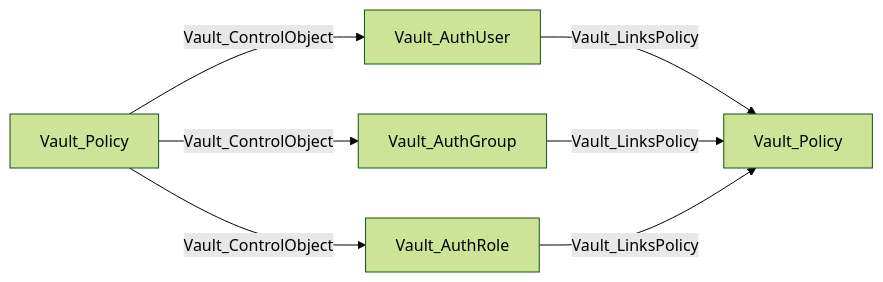
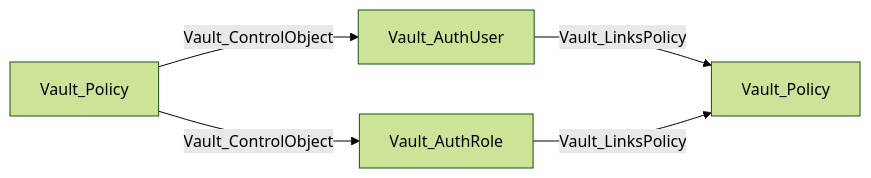
Before and after one commit to bytewreck/opengraph-vault: the fourth of 28 diagrams in Documentation/stores/AUTH.md, drawn with Mermaid (forest theme). The commit also changed other lines of this file, not shown here.

````diff
--- a/Documentation/stores/AUTH.md
+++ b/Documentation/stores/AUTH.md
@@ -129,9 +130,7 @@
 ```mermaid
 flowchart LR
     authority[Vault_Policy] -->|Vault_ControlObject| AU[Vault_AuthUser]
-    authority -->|Vault_ControlObject| AG[Vault_AuthGroup]
     authority -->|Vault_ControlObject| AR[Vault_AuthRole]
     AU -->|Vault_LinksPolicy| granted[Vault_Policy]
-    AG -->|Vault_LinksPolicy| granted
     AR -->|Vault_LinksPolicy| granted
 ```
````
